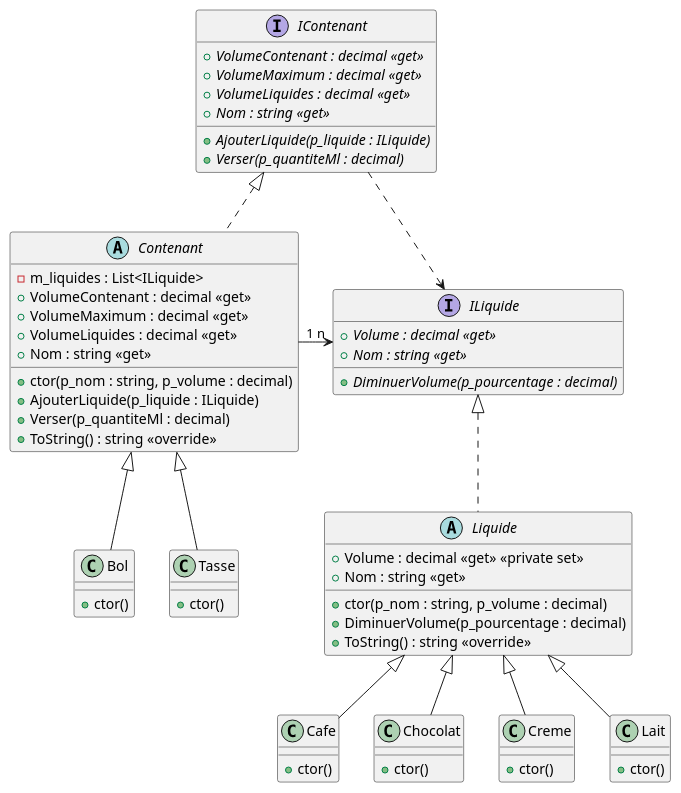
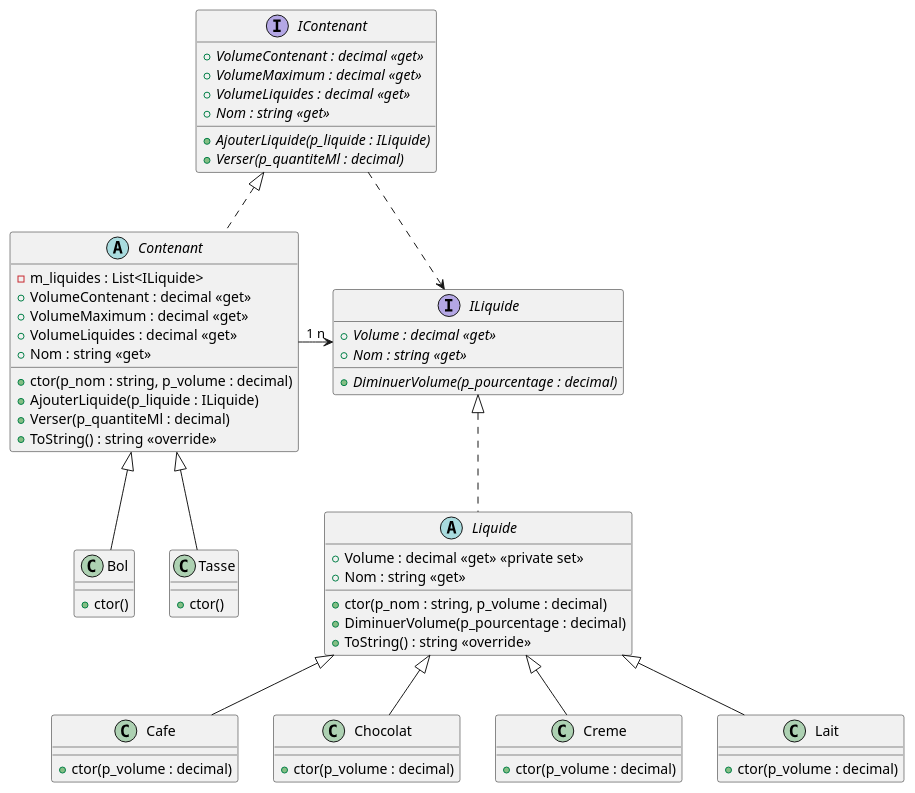
One commit to PiFou86/420-W30-SF changed the diagram in Module01_Revisions/POOII_Module01_Contenants/diag/version1.wsd. Above: the diagram before and after it, drawn with PlantUML. The commit also changed 1 other file, not shown here.

```diff
--- a/Module01_Revisions/POOII_Module01_Contenants/diag/version1.wsd
+++ b/Module01_Revisions/POOII_Module01_Contenants/diag/version1.wsd
@@ -1,83 +1,83 @@
 @startuml Version1
 
 interface IContenant
 {
     + {abstract} VolumeContenant : decimal <<get>>
     + {abstract} VolumeMaximum : decimal <<get>>
     + {abstract} VolumeLiquides : decimal <<get>>
     + {abstract} Nom : string <<get>>
     + {abstract} AjouterLiquide(p_liquide : ILiquide)
     + {abstract} Verser(p_quantiteMl : decimal)
 }
 
 abstract class Contenant
 {
     - m_liquides : List<ILiquide>
     + VolumeContenant : decimal <<get>>
     + VolumeMaximum : decimal <<get>>
     + VolumeLiquides : decimal <<get>>
     + Nom : string <<get>>
     + ctor(p_nom : string, p_volume : decimal)
     + AjouterLiquide(p_liquide : ILiquide)
     + Verser(p_quantiteMl : decimal)
     + ToString() : string <<override>>
 }
 
 class Bol {
     + ctor()
 }
 
 class Tasse {
     + ctor()
 }
 
 IContenant <|.. Contenant
 
 Contenant <|-- Bol
 
 Contenant <|-- Tasse
 
 interface ILiquide
 {
     + {abstract} Volume : decimal <<get>>
     + {abstract} Nom : string <<get>>
     + {abstract} DiminuerVolume(p_pourcentage : decimal)
 }
 
 abstract class Liquide
 {
     + Volume : decimal <<get>> <<private set>>
     + Nom : string <<get>>
     + ctor(p_nom : string, p_volume : decimal)
     + DiminuerVolume(p_pourcentage : decimal)
     + ToString() : string <<override>>
 }
 
 ILiquide  <.left.   IContenant
 
 Contenant "1" -right-> "n" ILiquide 
 
 ILiquide <|.. Liquide
 
 class Cafe {
-    + ctor()
+    + ctor(p_volume : decimal)
 }
 
 class Chocolat{
-    + ctor()
+    + ctor(p_volume : decimal)
 }
 
 class Creme {
-    + ctor()
+    + ctor(p_volume : decimal)
 }
 
 class Lait {
-    + ctor()
+    + ctor(p_volume : decimal)
 }
 
 Liquide <|-- Cafe
 Liquide <|-- Chocolat
 Liquide <|-- Creme
 Liquide <|-- Lait
 
 @enduml
```
